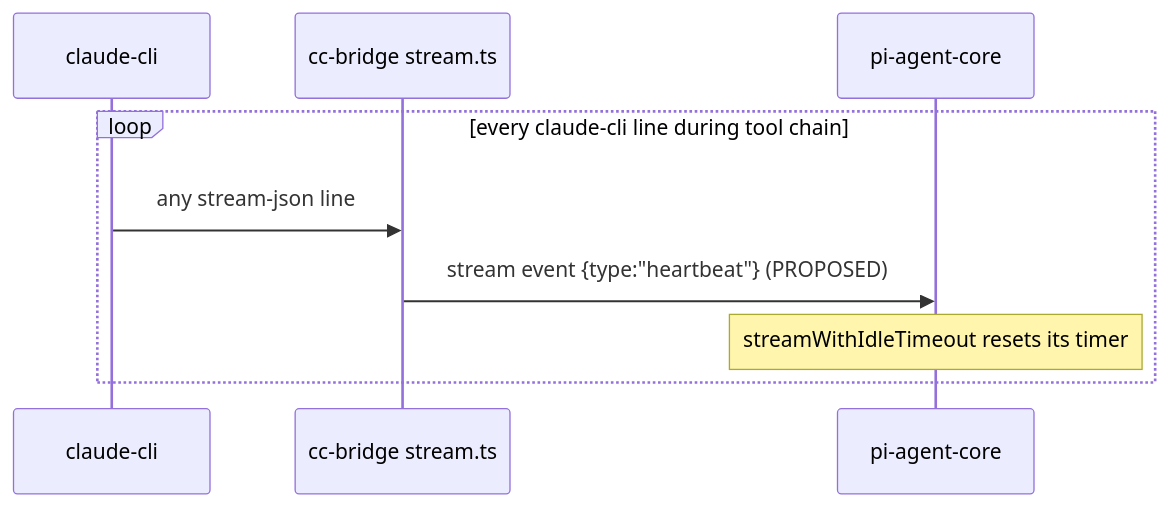
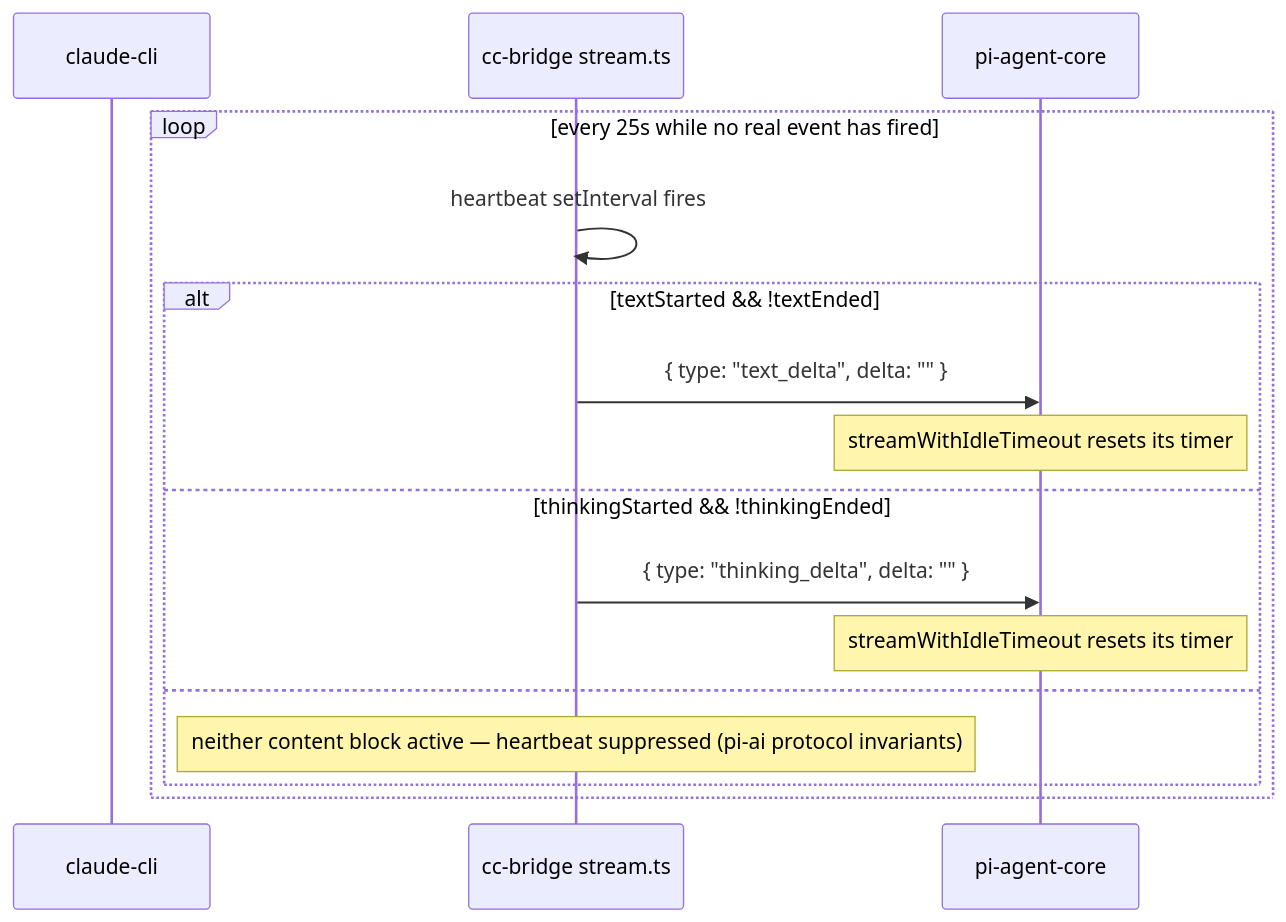
One commit to globalcaos/tinkerclaw changed the second of 2 diagrams in TINKER_UI_DESIGN_BIBLE/tool-loop.md. Above: the diagram before and after it, drawn with Mermaid. The commit also changed other lines of this file and 3 other files, not shown here.

````diff
--- a/TINKER_UI_DESIGN_BIBLE/tool-loop.md
+++ b/TINKER_UI_DESIGN_BIBLE/tool-loop.md
@@ -75,12 +77,19 @@
 ```mermaid
 sequenceDiagram
   participant CLI as claude-cli
   participant CC as cc-bridge stream.ts
   participant PI as pi-agent-core
 
-  loop every claude-cli line during tool chain
-    CLI->>CC: any stream-json line
-    CC->>PI: stream event {type:"heartbeat"} (PROPOSED)
-    Note over PI: streamWithIdleTimeout resets its timer
+  loop every 25s while no real event has fired
+    CC->>CC: heartbeat setInterval fires
+    alt textStarted && !textEnded
+      CC->>PI: { type: "text_delta", delta: "" }
+      Note over PI: streamWithIdleTimeout resets its timer
+    else thinkingStarted && !thinkingEnded
+      CC->>PI: { type: "thinking_delta", delta: "" }
+      Note over PI: streamWithIdleTimeout resets its timer
+    else
+      Note over CC: neither content block active — heartbeat suppressed (pi-ai protocol invariants)
+    end
   end
 ```
````
